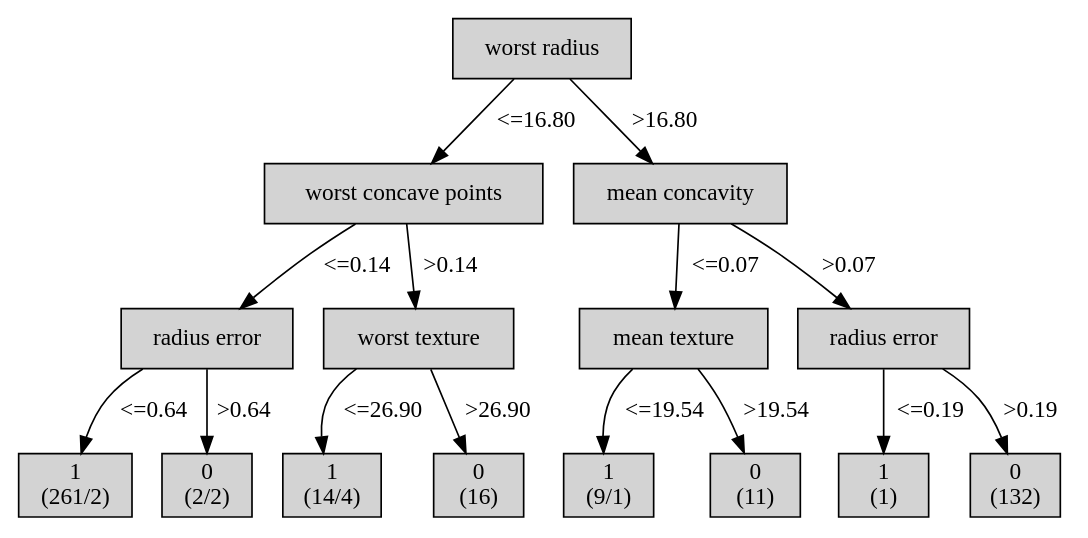
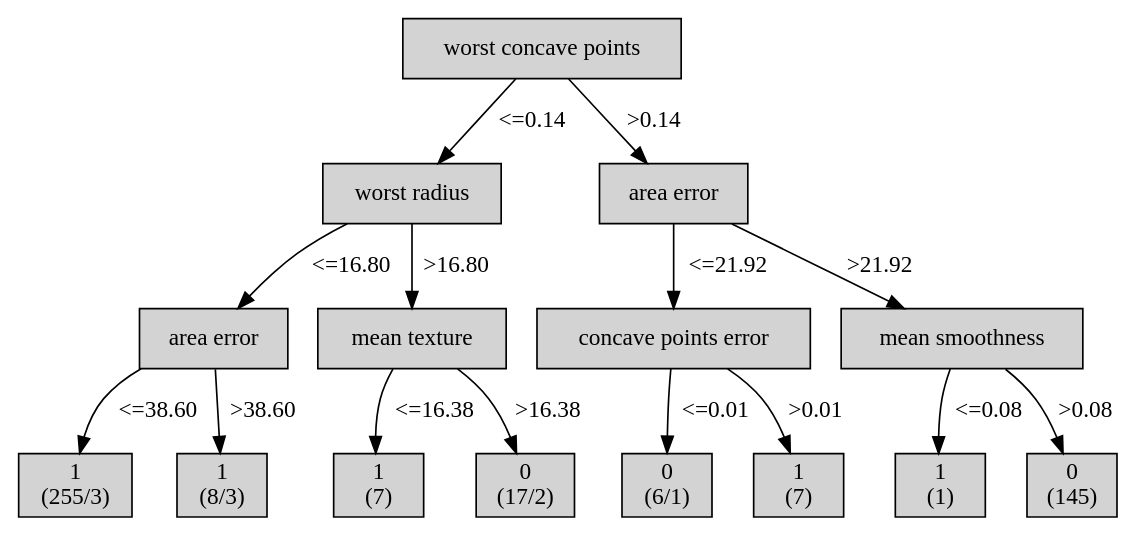
The diagram in id3_tree_breast_cancer.dot (ferdyirawanf/Tugas-Kecil-1-IF3270), drawn with Graphviz before and after one commit. The commit also changed 8 other files, not shown here.

```diff
--- a/id3_tree_breast_cancer.dot
+++ b/id3_tree_breast_cancer.dot
@@ -1,58 +1,58 @@
 digraph ID3_Tree {
-"0" [shape=box, style=filled, label="worst radius
+"0" [shape=box, style=filled, label="worst concave points
 ", weight=1]
-"1" [shape=box, style=filled, label="worst concave points
+"1" [shape=box, style=filled, label="worst radius
 ", weight=2]
-0 -> 1 [ label = "<=16.80"];
-"2" [shape=box, style=filled, label="radius error
+0 -> 1 [ label = "<=0.14"];
+"2" [shape=box, style=filled, label="area error
 ", weight=3]
-1 -> 2 [ label = "<=0.14"];
+1 -> 2 [ label = "<=16.80"];
 "3" [shape=box, style=filled, label="1
-(261/2)
+(255/3)
 ", weight=4]
-2 -> 3 [ label = "<=0.64"];
-"4" [shape=box, style=filled, label="0
-(2/2)
+2 -> 3 [ label = "<=38.60"];
+"4" [shape=box, style=filled, label="1
+(8/3)
 ", weight=4]
-2 -> 4 [ label = ">0.64"];
-"5" [shape=box, style=filled, label="worst texture
+2 -> 4 [ label = ">38.60"];
+"5" [shape=box, style=filled, label="mean texture
 ", weight=3]
-1 -> 5 [ label = ">0.14"];
+1 -> 5 [ label = ">16.80"];
 "6" [shape=box, style=filled, label="1
-(14/4)
+(7)
 ", weight=4]
-5 -> 6 [ label = "<=26.90"];
+5 -> 6 [ label = "<=16.38"];
 "7" [shape=box, style=filled, label="0
-(16)
+(17/2)
 ", weight=4]
-5 -> 7 [ label = ">26.90"];
-"8" [shape=box, style=filled, label="mean concavity
+5 -> 7 [ label = ">16.38"];
+"8" [shape=box, style=filled, label="area error
 ", weight=2]
-0 -> 8 [ label = ">16.80"];
-"9" [shape=box, style=filled, label="mean texture
+0 -> 8 [ label = ">0.14"];
+"9" [shape=box, style=filled, label="concave points error
 ", weight=3]
-8 -> 9 [ label = "<=0.07"];
-"10" [shape=box, style=filled, label="1
-(9/1)
+8 -> 9 [ label = "<=21.92"];
+"10" [shape=box, style=filled, label="0
+(6/1)
 ", weight=4]
-9 -> 10 [ label = "<=19.54"];
-"11" [shape=box, style=filled, label="0
-(11)
+9 -> 10 [ label = "<=0.01"];
+"11" [shape=box, style=filled, label="1
+(7)
 ", weight=4]
-9 -> 11 [ label = ">19.54"];
-"12" [shape=box, style=filled, label="radius error
+9 -> 11 [ label = ">0.01"];
+"12" [shape=box, style=filled, label="mean smoothness
 ", weight=3]
-8 -> 12 [ label = ">0.07"];
+8 -> 12 [ label = ">21.92"];
 "13" [shape=box, style=filled, label="1
 (1)
 ", weight=4]
-12 -> 13 [ label = "<=0.19"];
+12 -> 13 [ label = "<=0.08"];
 "14" [shape=box, style=filled, label="0
-(132)
+(145)
 ", weight=4]
-12 -> 14 [ label = ">0.19"];
+12 -> 14 [ label = ">0.08"];
 {rank=same; 0;};
 {rank=same; 1;8;};
 {rank=same; 2;5;9;12;};
 {rank=same; 3;4;6;7;10;11;13;14;};
 }
```
